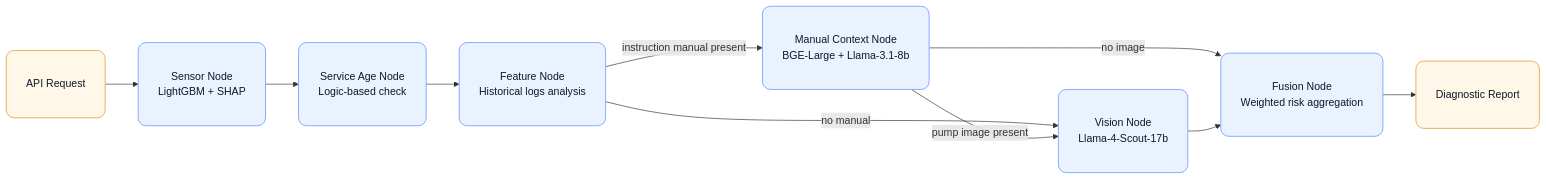
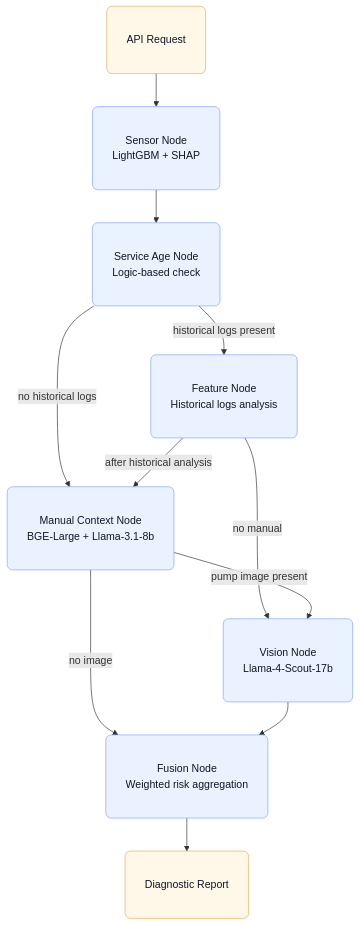
One commit to Murthypsty0419/Multi-Modal-Predictive-Maintenance-Agent changed the diagram in README.md. Above: the diagram before and after it, drawn with Mermaid.

````diff
--- a/README.md
+++ b/README.md
@@ -23,20 +23,21 @@
 ```mermaid
-flowchart LR
+flowchart TD
     A["API Request"] --> SN["Sensor Node<br/>LightGBM + SHAP"]
     SN --> SAN["Service Age Node<br/>Logic-based check"]
-    SAN --> FN["Feature Node<br/>Historical logs analysis"]
+    SAN -->|"historical logs present"| FN["Feature Node<br/>Historical logs analysis"]
+    SAN -->|"no historical logs"| MCN["Manual Context Node<br/>BGE-Large + Llama-3.1-8b"]
 
-    FN -->|"instruction manual present"| MCN["Manual Context Node<br/>BGE-Large + Llama-3.1-8b"]
+    FN -->|"after historical analysis"| MCN
     FN -->|"no manual"| VN["Vision Node<br/>Llama-4-Scout-17b"]
 
     MCN -->|"pump image present"| VN
     MCN -->|"no image"| FUSE["Fusion Node<br/>Weighted risk aggregation"]
 
     VN --> FUSE
     FUSE --> R["Diagnostic Report"]
 
-    classDef core fill:#EAF2FF,stroke:#7CA6FF,stroke-width:1.4px,color:#0F172A,rx:12,ry:12,padding:12px;
-    classDef out fill:#FFF7E8,stroke:#E7AE53,stroke-width:1.4px,color:#0F172A,rx:12,ry:12,padding:12px;
+    classDef core fill:#EAF2FF,stroke:#7CA6FF,stroke-width:1px,color:#0F172A,rx:8,ry:8,padding:2px;
+    classDef out fill:#FFF7E8,stroke:#E7AE53,stroke-width:1px,color:#0F172A,rx:8,ry:8,padding:2px;
     class A,R out;
     class SN,SAN,FN,MCN,VN,FUSE core;
 ```
````
